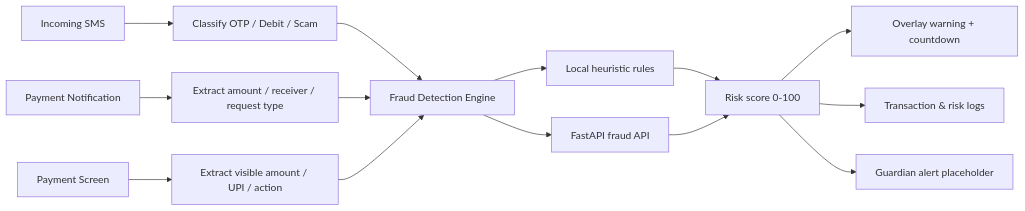
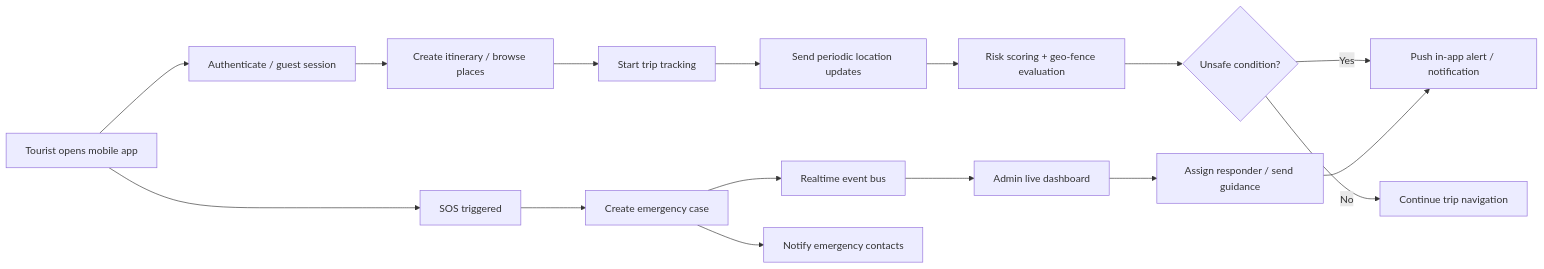
One commit to luciferdummy/New changed the second of 2 diagrams in docs/architecture.md. Above: the diagram before and after it, drawn with Mermaid. The commit also changed other lines of this file and 14 other files, not shown here.

````diff
--- a/docs/architecture.md
+++ b/docs/architecture.md
@@ -22,16 +73,18 @@
 ```mermaid
 flowchart LR
-    SMS[Incoming SMS] --> ParseSMS[Classify OTP / Debit / Scam]
-    Notif[Payment Notification] --> ParseNotif[Extract amount / receiver / request type]
-    Acc[Payment Screen] --> ParseAcc[Extract visible amount / UPI / action]
-    ParseSMS --> Engine[Fraud Detection Engine]
-    ParseNotif --> Engine
-    ParseAcc --> Engine
-    Engine --> LocalRules[Local heuristic rules]
-    Engine --> BackendAPI[FastAPI fraud API]
-    LocalRules --> Score[Risk score 0-100]
-    BackendAPI --> Score
-    Score --> Overlay[Overlay warning + countdown]
-    Score --> Logs[Transaction & risk logs]
-    Score --> Guardian[Guardian alert placeholder]
+    U[Tourist opens mobile app] --> AUTH[Authenticate / guest session]
+    AUTH --> PLAN[Create itinerary / browse places]
+    PLAN --> TRACK[Start trip tracking]
+    TRACK --> LOC[Send periodic location updates]
+    LOC --> RISK[Risk scoring + geo-fence evaluation]
+    RISK --> ALERT{Unsafe condition?}
+    ALERT -- Yes --> PUSH[Push in-app alert / notification]
+    ALERT -- No --> MAP[Continue trip navigation]
+    U --> SOS[SOS triggered]
+    SOS --> CASE[Create emergency case]
+    CASE --> RT[Realtime event bus]
+    RT --> ADMIN[Admin live dashboard]
+    CASE --> CONTACTS[Notify emergency contacts]
+    ADMIN --> RESP[Assign responder / send guidance]
+    RESP --> PUSH
 ```
````
